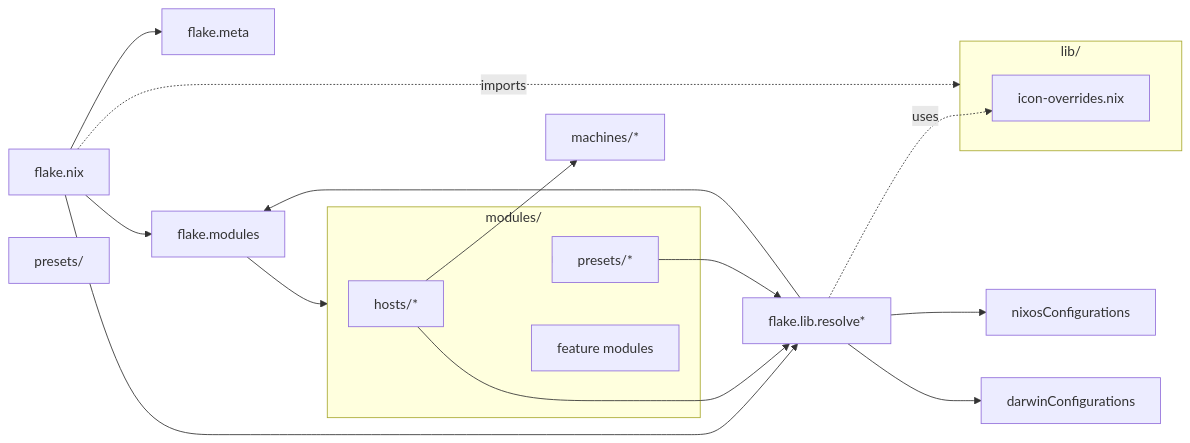
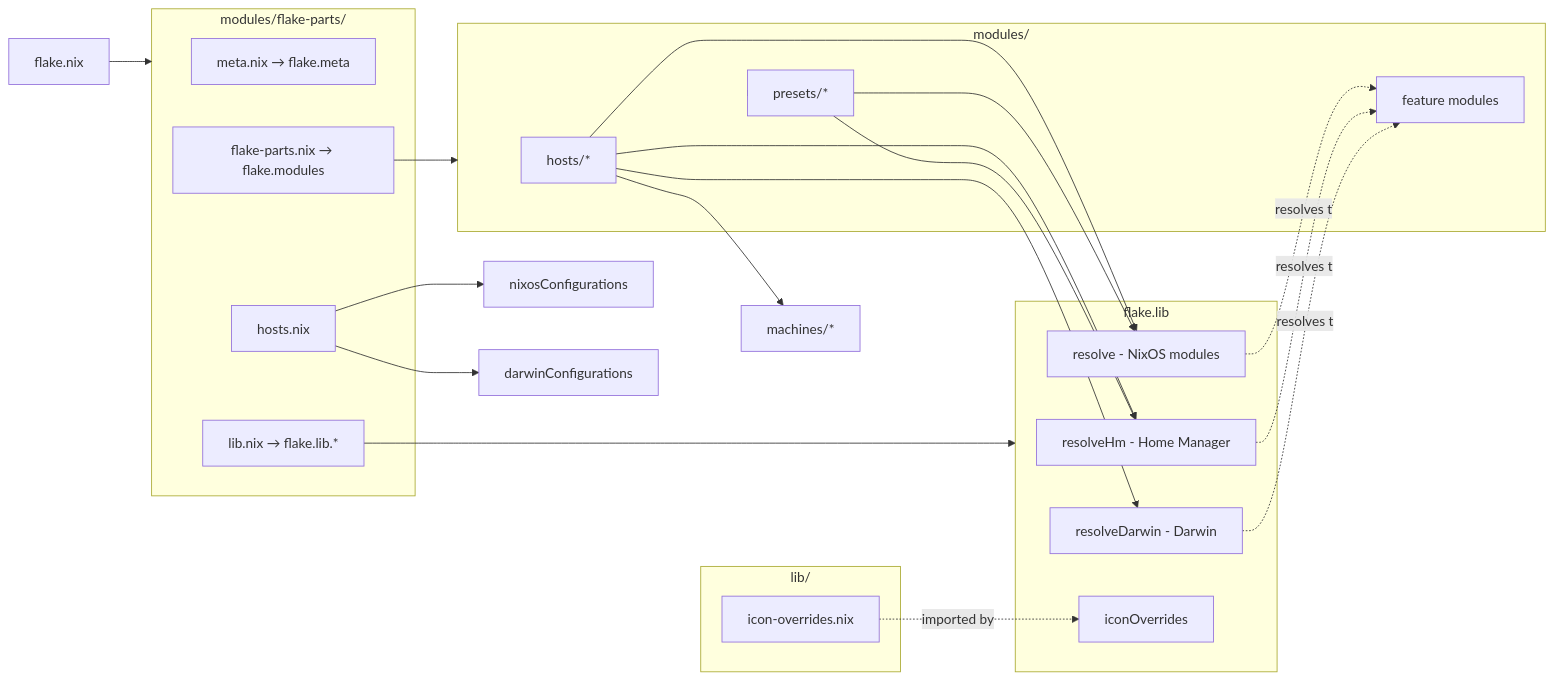
One commit to fbosch/nixos changed the diagram in README.md. Above: the diagram before and after it, drawn with Mermaid.

Commit message:
docs(readme): update architecture diagram

````diff
--- a/README.md
+++ b/README.md
@@ -76,38 +76,51 @@
 ```mermaid
 flowchart LR
   flake[flake.nix]
-  meta[flake.meta]
-  modules[flake.modules]
-  libResolvers[flake.lib.resolve*]
-  presets[presets/]
+  machines[machines/*]
+
+  subgraph flakeParts[modules/flake-parts/]
+    meta[meta.nix → flake.meta]
+    flakeModules[flake-parts.nix → flake.modules]
+    libNix[lib.nix → flake.lib.*]
+    hostsNix[hosts.nix]
+  end
+
+  subgraph flakeLib[flake.lib]
+    resolve[resolve - NixOS modules]
+    resolveHm[resolveHm - Home Manager]
+    resolveDarwin[resolveDarwin - Darwin]
+    iconOverrides[iconOverrides]
+  end
 
   subgraph pureLib[lib/]
-    iconOverrides[icon-overrides.nix]
+    iconOverridesNix[icon-overrides.nix]
   end
 
   subgraph moduleTree[modules/]
     hosts[hosts/*]
     presetsModules[presets/*]
     moduleset[feature modules]
   end
 
-  machines[machines/*]
+  flake --> flakeParts
+  libNix --> flakeLib
+  iconOverridesNix -.imported by.-> iconOverrides
 
-  flake --> meta
-  flake --> modules
-  flake --> libResolvers
-  flake -.imports.-> pureLib
-
-  modules --> moduleTree
+  flakeModules --> moduleTree
   moduleTree --> presetsModules
 
-  hosts --> libResolvers
+  hosts --> resolve
+  hosts --> resolveHm
+  hosts --> resolveDarwin
   hosts --> machines
-  presetsModules --> libResolvers
+  
+  presetsModules --> resolve
+  presetsModules --> resolveHm
 
-  libResolvers -.uses.-> iconOverrides
-  libResolvers --> modules
+  resolve -.resolves to.-> moduleset
+  resolveHm -.resolves to.-> moduleset
+  resolveDarwin -.resolves to.-> moduleset
 
-  libResolvers --> nixosConfigs[nixosConfigurations]
-  libResolvers --> darwinConfigs[darwinConfigurations]
+  hostsNix --> nixosConfigs[nixosConfigurations]
+  hostsNix --> darwinConfigs[darwinConfigurations]
 ```
````
